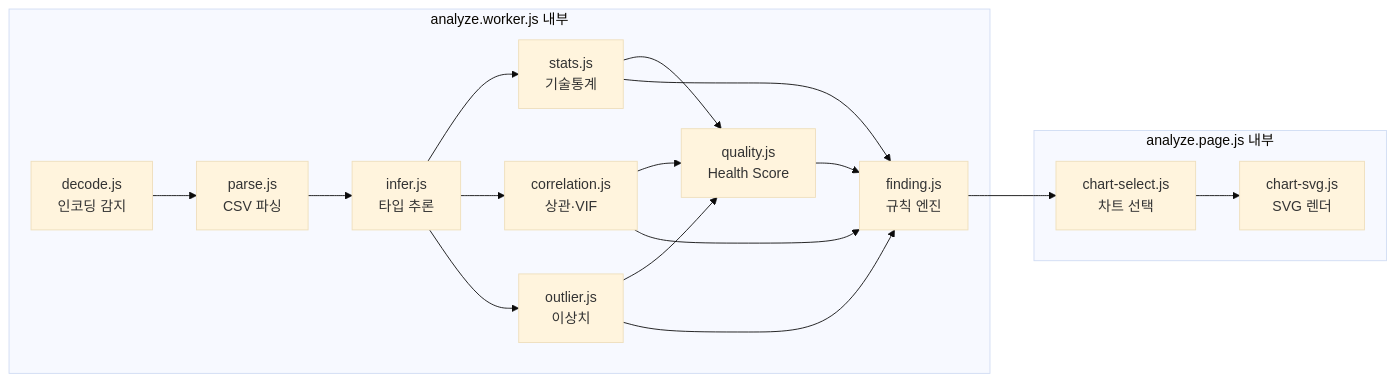
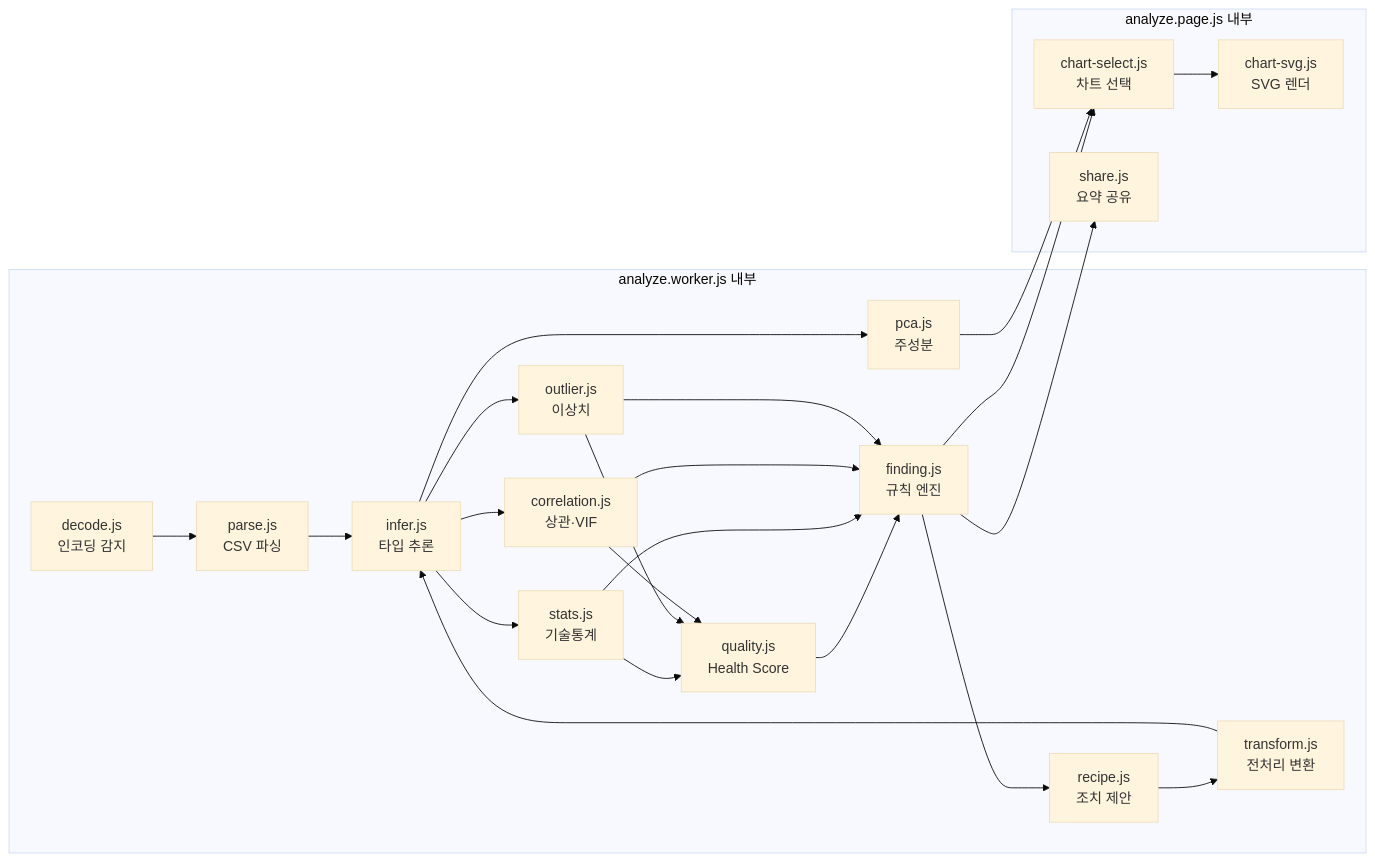
Before and after one commit to kty2001/AutoEDA: the third of 3 diagrams in docs/data-model.md, drawn with Mermaid (base theme). The commit also changed other lines of this file and 35 other files, not shown here.

````diff
--- a/docs/data-model.md
+++ b/docs/data-model.md
@@ -378,31 +411,40 @@
 ```mermaid
 flowchart LR
     subgraph WORKER["analyze.worker.js 내부"]
         DEC["decode.js<br/>인코딩 감지"]
         PAR["parse.js<br/>CSV 파싱"]
         INF["infer.js<br/>타입 추론"]
         STA["stats.js<br/>기술통계"]
         COR["correlation.js<br/>상관·VIF"]
         OUT["outlier.js<br/>이상치"]
+        PCA["pca.js<br/>주성분"]
         QUA["quality.js<br/>Health Score"]
         FIN["finding.js<br/>규칙 엔진"]
+        REC["recipe.js<br/>조치 제안"]
+        TRA["transform.js<br/>전처리 변환"]
     end
 
     subgraph PRES["analyze.page.js 내부"]
         SEL["chart-select.js<br/>차트 선택"]
         SVG["chart-svg.js<br/>SVG 렌더"]
+        SHA["share.js<br/>요약 공유"]
     end
 
     DEC --> PAR --> INF
     INF --> STA
     INF --> COR
+    INF --> PCA
     INF --> OUT
     STA --> QUA
     OUT --> QUA
     COR --> QUA
     QUA --> FIN
     STA --> FIN
     COR --> FIN
     OUT --> FIN
     FIN --> SEL --> SVG
+    PCA --> SEL
+    FIN --> REC --> TRA
+    TRA --> INF
+    FIN --> SHA
 ```
````
